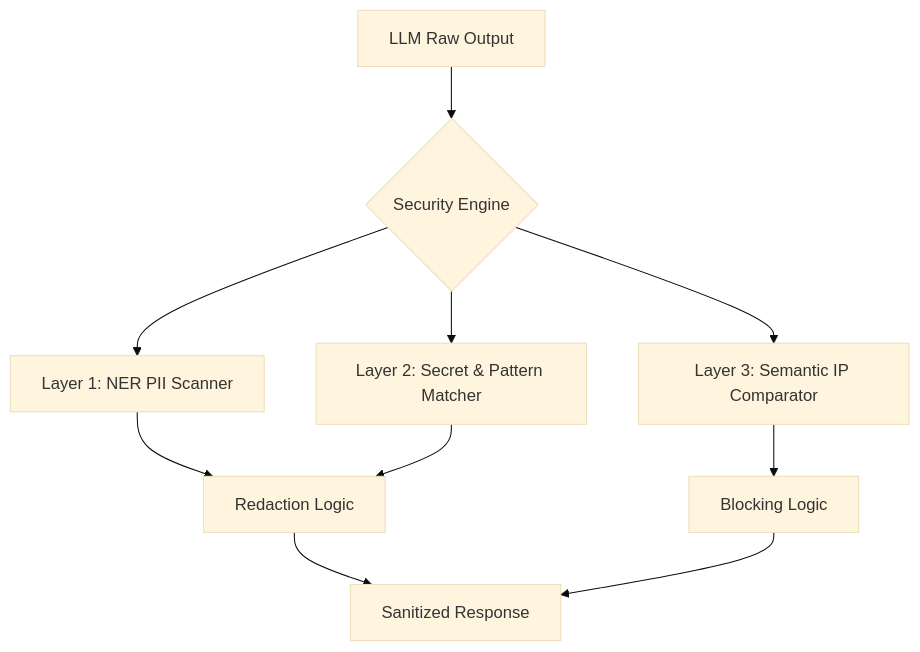
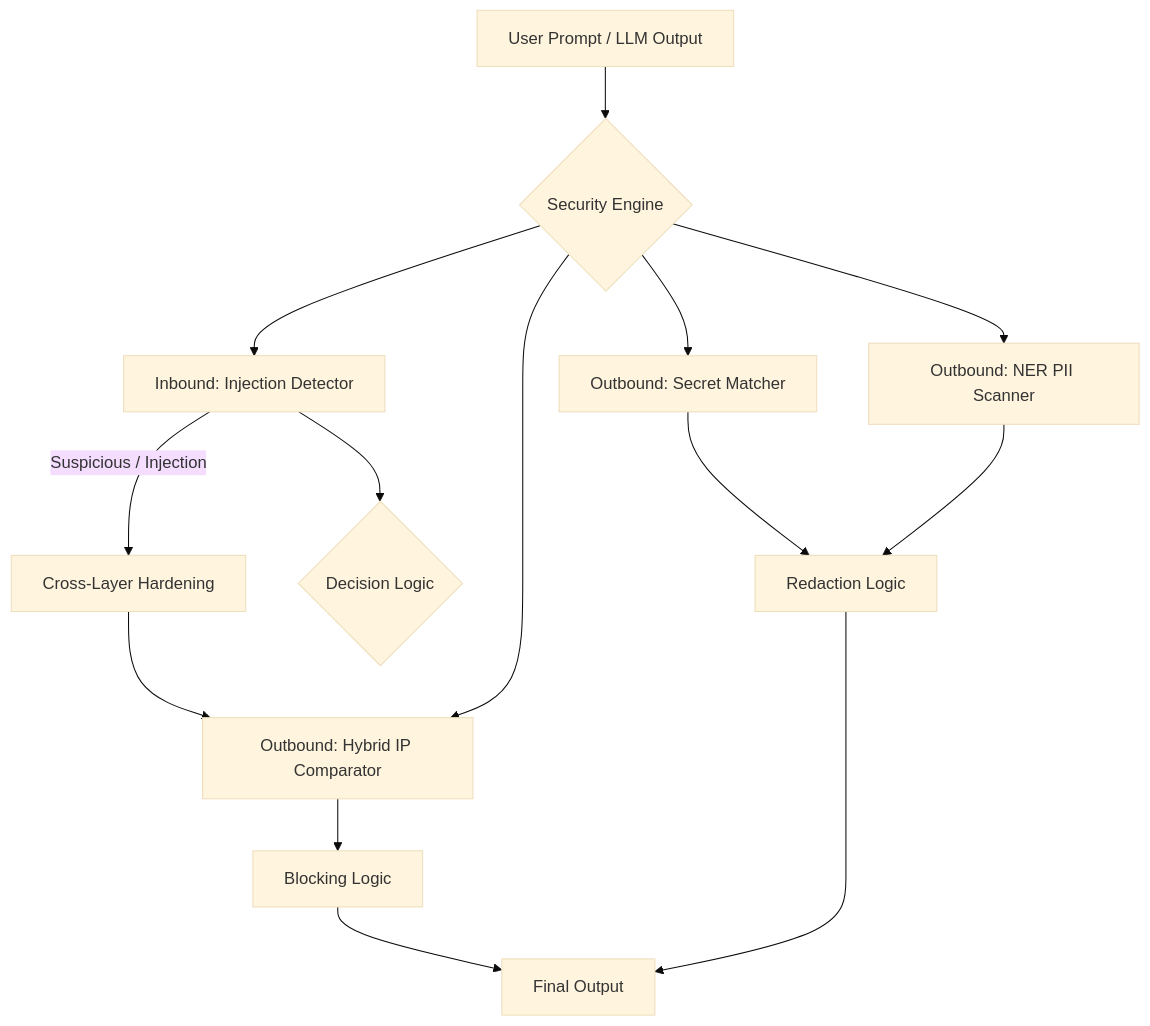
The diagram in README.md (meghanadasireddy16-debug/llm-leak-detector), drawn with Mermaid (base theme) before and after one commit. The commit also changed other lines of this file and 3 other files, not shown here.

Commit message:
Add Sentinel-LLM V2 with prompt injection detection and unified security audit

````diff
--- a/README.md
+++ b/README.md
@@ -32,12 +44,16 @@
 ```mermaid
 graph TD
-    A[LLM Raw Output] --> B{Security Engine}
-    B --> C[Layer 1: NER PII Scanner]
-    B --> D[Layer 2: Secret & Pattern Matcher]
-    B --> E[Layer 3: Semantic IP Comparator]
-    C --> F[Redaction Logic]
-    D --> F
-    E --> G[Blocking Logic]
-    F --> H[Sanitized Response]
-    G --> H
+    A[User Prompt / LLM Output] --> B{Security Engine}
+    B --> C[Inbound: Injection Detector]
+    B --> D[Outbound: NER PII Scanner]
+    B --> E[Outbound: Secret Matcher]
+    B --> F[Outbound: Hybrid IP Comparator]
+    C -->|Suspicious / Injection| G[Cross-Layer Hardening]
+    G --> F
+    C --> H{Decision Logic}
+    D --> I[Redaction Logic]
+    E --> I
+    F --> J[Blocking Logic]
+    I --> K[Final Output]
+    J --> K
 ```
````
